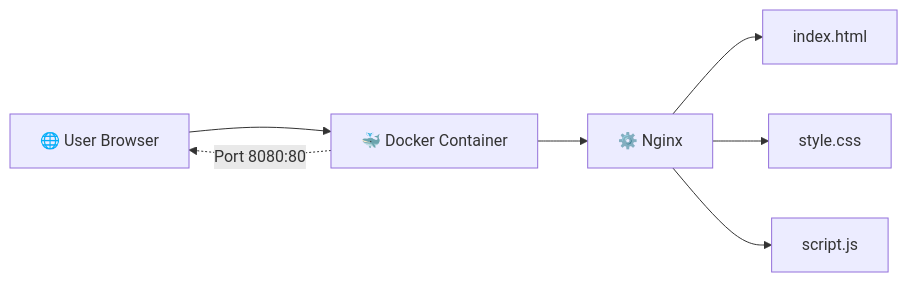
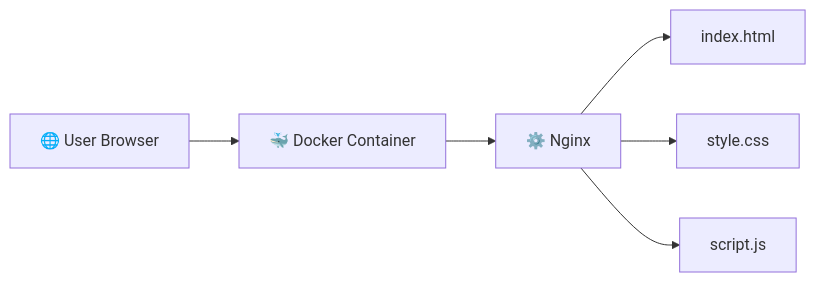
Before and after one commit to VikasChauhan-DevOps/dockerized-gym-website: the diagram in README.md, drawn with Mermaid. The commit also changed other lines of this file, not shown here.

````diff
--- a/README.md
+++ b/README.md
@@ -33,10 +31,8 @@
 ```mermaid
 flowchart LR
     A[🌐 User Browser] --> B[🐳 Docker Container]
     B --> C[⚙️ Nginx]
     C --> D[index.html]
     C --> E[style.css]
     C --> F[script.js]
-
-    B -. Port 8080:80 .-> A
 ```
````
